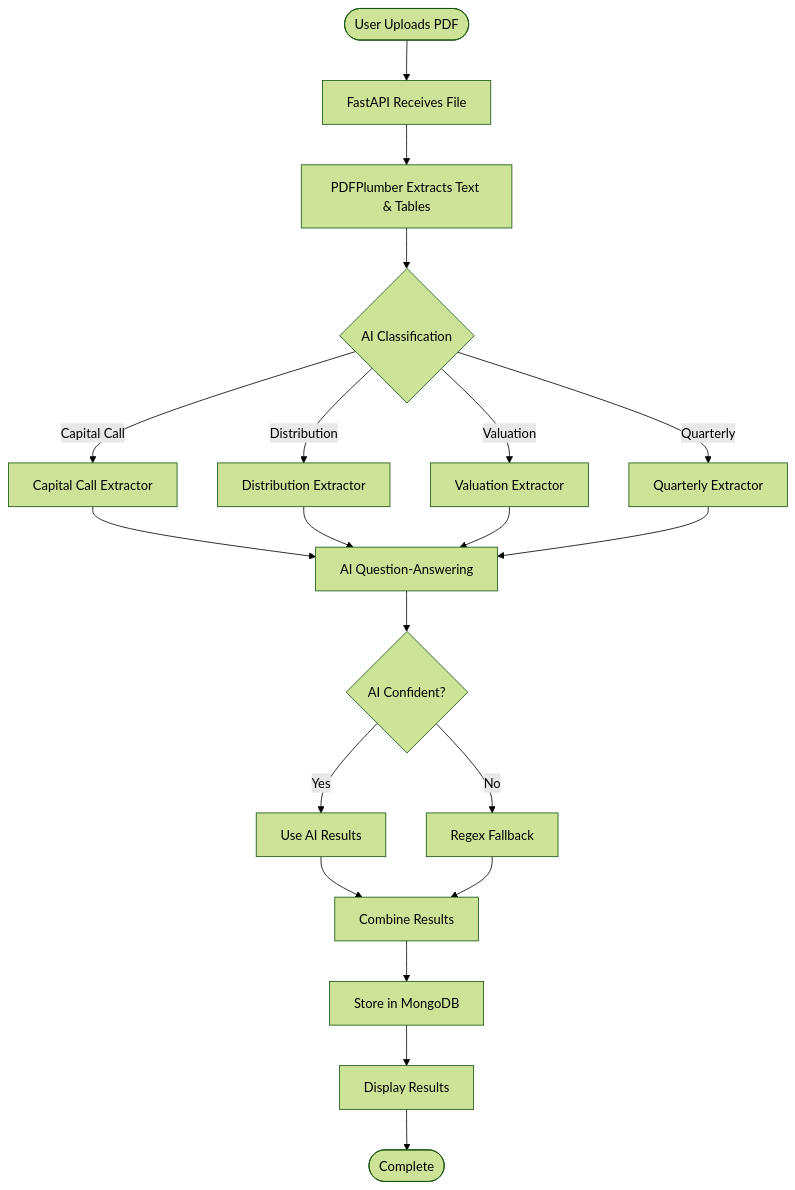
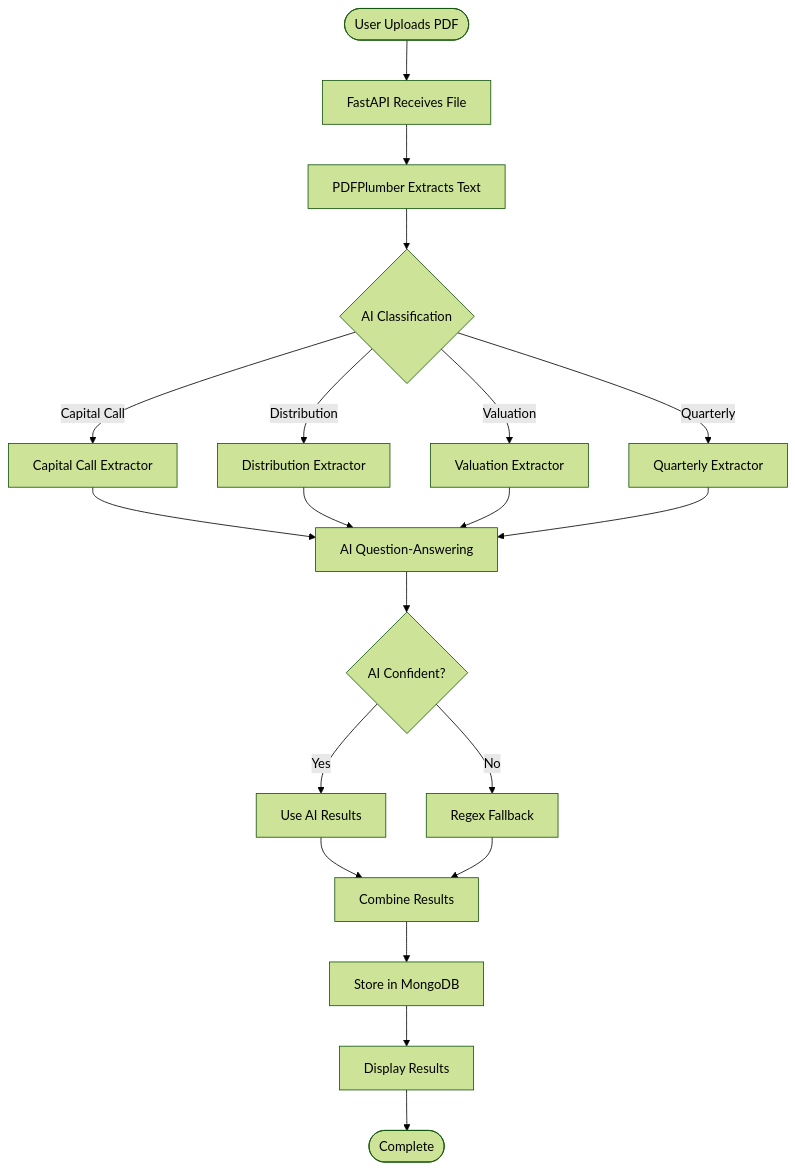
The second of 4 diagrams in README.md (siyona-goel/alt-inv-doc-intel-prototype), drawn with Mermaid (forest theme) before and after one commit. The commit also changed other lines of this file, not shown here.

````diff
--- a/README.md
+++ b/README.md
@@ -156,26 +156,26 @@
 ```mermaid
 flowchart TD
     START([User Uploads PDF]) --> UPLOAD[FastAPI Receives File]
-    UPLOAD --> EXTRACT_TEXT[PDFPlumber Extracts Text & Tables]
+    UPLOAD --> EXTRACT_TEXT[PDFPlumber Extracts Text]
     EXTRACT_TEXT --> CLASSIFY{AI Classification}
     
     CLASSIFY -->|Capital Call| CC_EXTRACT[Capital Call Extractor]
     CLASSIFY -->|Distribution| DIST_EXTRACT[Distribution Extractor]
     CLASSIFY -->|Valuation| VAL_EXTRACT[Valuation Extractor]
     CLASSIFY -->|Quarterly| QTR_EXTRACT[Quarterly Extractor]
     
     CC_EXTRACT --> AI_QA[AI Question-Answering]
     DIST_EXTRACT --> AI_QA
     VAL_EXTRACT --> AI_QA
     QTR_EXTRACT --> AI_QA
     
     AI_QA --> CONFIDENT{AI Confident?}
     CONFIDENT -->|Yes| AI_RESULT[Use AI Results]
     CONFIDENT -->|No| REGEX_FALLBACK[Regex Fallback]
     
     AI_RESULT --> COMBINE[Combine Results]
     REGEX_FALLBACK --> COMBINE
     COMBINE --> STORE[Store in MongoDB]
     STORE --> DISPLAY[Display Results]
     DISPLAY --> END([Complete])
 ```
````
